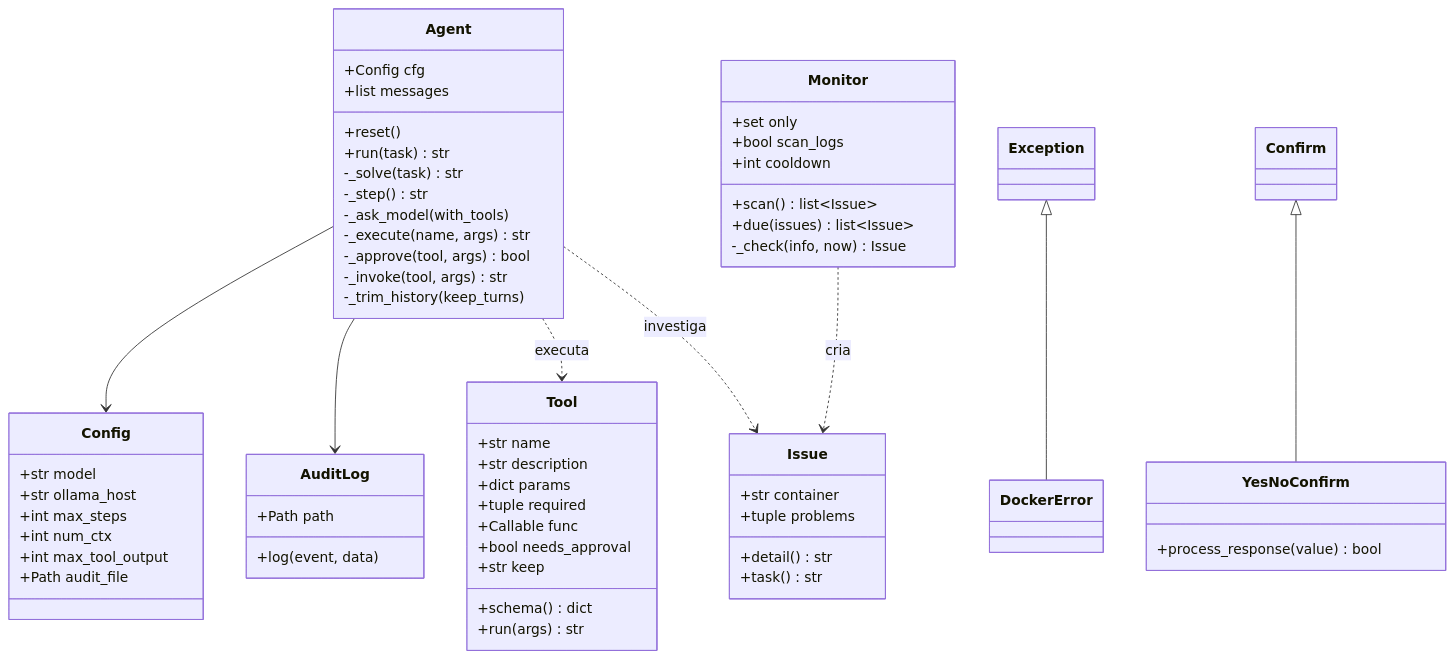
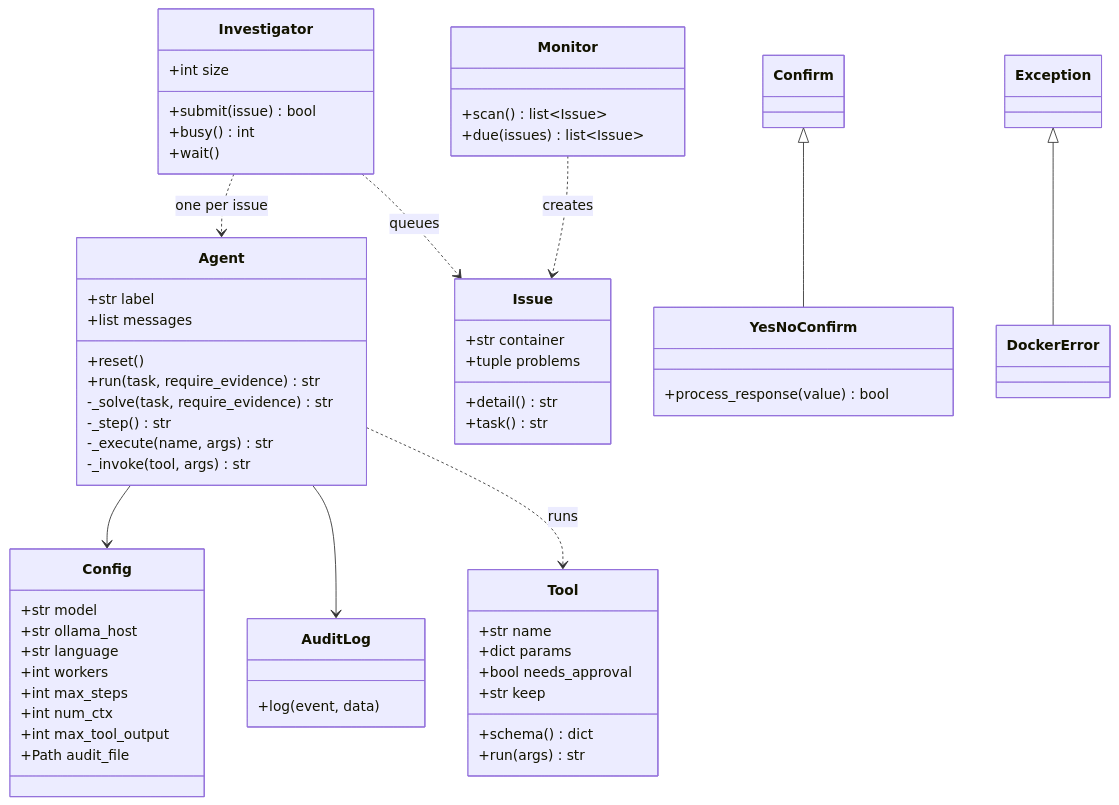
Before and after one commit to umdevaprendiz/agents-DevOps: the second of 3 diagrams in README.md, drawn with Mermaid. The commit also changed other lines of this file and 41 other files, not shown here.

````diff
--- a/README.md
+++ b/README.md
@@ -101,65 +123,63 @@
 ```mermaid
 classDiagram
     class Config {
         +str model
         +str ollama_host
+        +str language
+        +int workers
         +int max_steps
         +int num_ctx
         +int max_tool_output
         +Path audit_file
     }
     class Agent {
-        +Config cfg
+        +str label
         +list messages
         +reset()
-        +run(task) str
-        -_solve(task) str
+        +run(task, require_evidence) str
+        -_solve(task, require_evidence) str
         -_step() str
-        -_ask_model(with_tools)
         -_execute(name, args) str
-        -_approve(tool, args) bool
         -_invoke(tool, args) str
-        -_trim_history(keep_turns)
+    }
+    class Investigator {
+        +int size
+        +submit(issue) bool
+        +busy() int
+        +wait()
     }
     class Tool {
         +str name
-        +str description
         +dict params
-        +tuple required
-        +Callable func
         +bool needs_approval
         +str keep
         +schema() dict
         +run(args) str
     }
     class Monitor {
-        +set only
-        +bool scan_logs
-        +int cooldown
         +scan() list~Issue~
         +due(issues) list~Issue~
-        -_check(info, now) Issue
     }
     class Issue {
         +str container
         +tuple problems
         +detail() str
         +task() str
     }
     class AuditLog {
-        +Path path
         +log(event, data)
     }
     class YesNoConfirm {
         +process_response(value) bool
     }
     class DockerError
 
     Exception <|-- DockerError
     Confirm <|-- YesNoConfirm
     Agent --> Config
     Agent --> AuditLog
-    Agent ..> Tool : executa
-    Monitor ..> Issue : cria
-    Agent ..> Issue : investiga
+    Agent ..> Tool : runs
+    Monitor ..> Issue : creates
+    Investigator ..> Issue : queues
+    Investigator ..> Agent : one per issue
 ```
````
